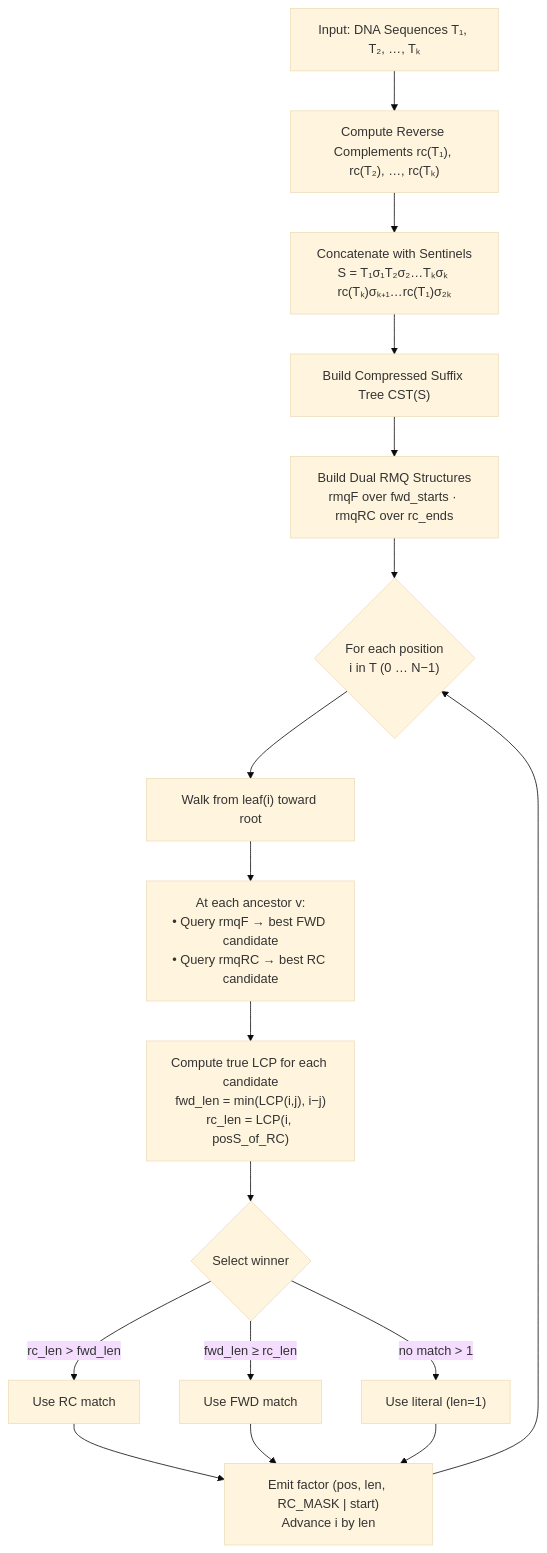
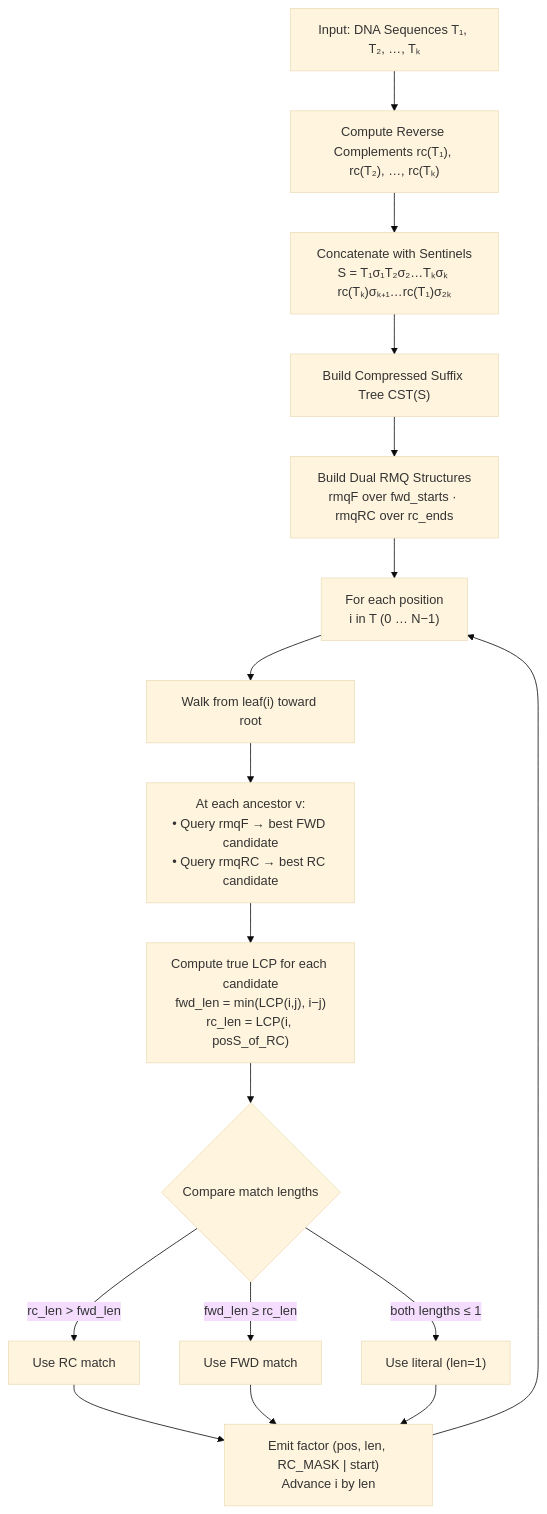
The first of 2 diagrams in docs/RC_ALGORITHM.md (OmerKerner/noLZSS), drawn with Mermaid (base theme) before and after one commit.

Commit message:
Improve Mermaid diagram labels for clarity

````diff
--- a/docs/RC_ALGORITHM.md
+++ b/docs/RC_ALGORITHM.md
@@ -255,23 +255,23 @@
 ```mermaid
 flowchart TD
     A["Input: DNA Sequences T₁, T₂, …, Tₖ"] --> B["Compute Reverse Complements rc(T₁), rc(T₂), …, rc(Tₖ)"]
     B --> C["Concatenate with Sentinels\nS = T₁σ₁T₂σ₂…Tₖσₖ rc(Tₖ)σₖ₊₁…rc(T₁)σ₂ₖ"]
     C --> D["Build Compressed Suffix Tree CST(S)"]
     D --> E["Build Dual RMQ Structures\nrmqF over fwd_starts · rmqRC over rc_ends"]
-    E --> F{"For each position\ni in T (0 … N−1)"}
+    E --> F["For each position\ni in T (0 … N−1)"]
 
     F --> G["Walk from leaf(i) toward root"]
     G --> H["At each ancestor v:\n• Query rmqF → best FWD candidate\n• Query rmqRC → best RC candidate"]
     H --> I["Compute true LCP for each candidate\nfwd_len = min(LCP(i,j), i−j)\nrc_len = LCP(i, posS_of_RC)"]
-    I --> J{"Select winner"}
+    I --> J{"Compare match lengths"}
 
     J -- "rc_len > fwd_len" --> K["Use RC match"]
     J -- "fwd_len ≥ rc_len" --> L["Use FWD match"]
-    J -- "no match > 1" --> M["Use literal (len=1)"]
+    J -- "both lengths ≤ 1" --> M["Use literal (len=1)"]
 
     K --> N["Emit factor (pos, len, RC_MASK | start)\nAdvance i by len"]
     L --> N
     M --> N
 
     N --> F
 ```
````
